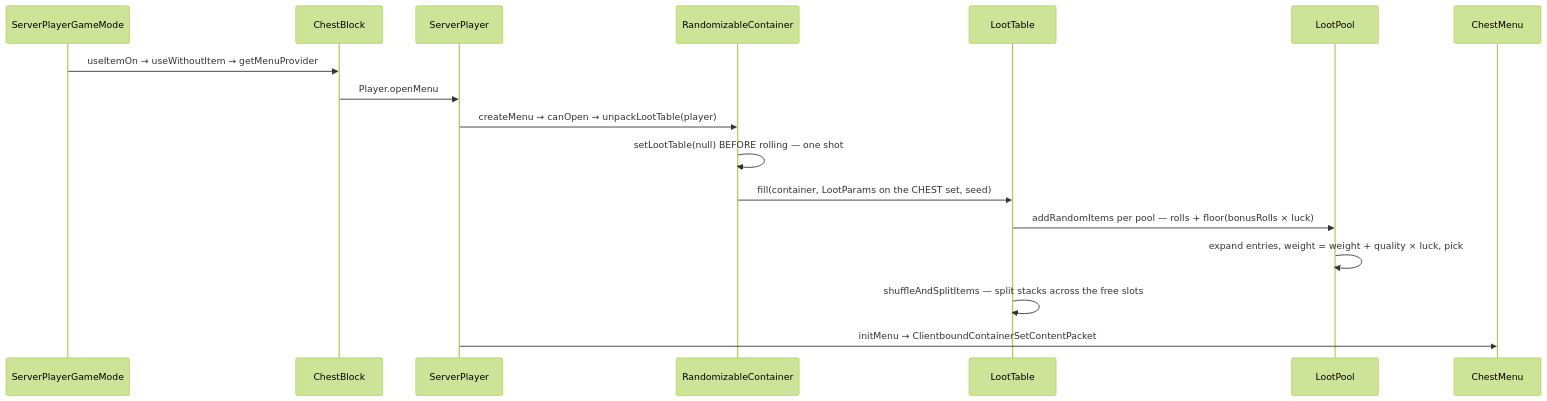
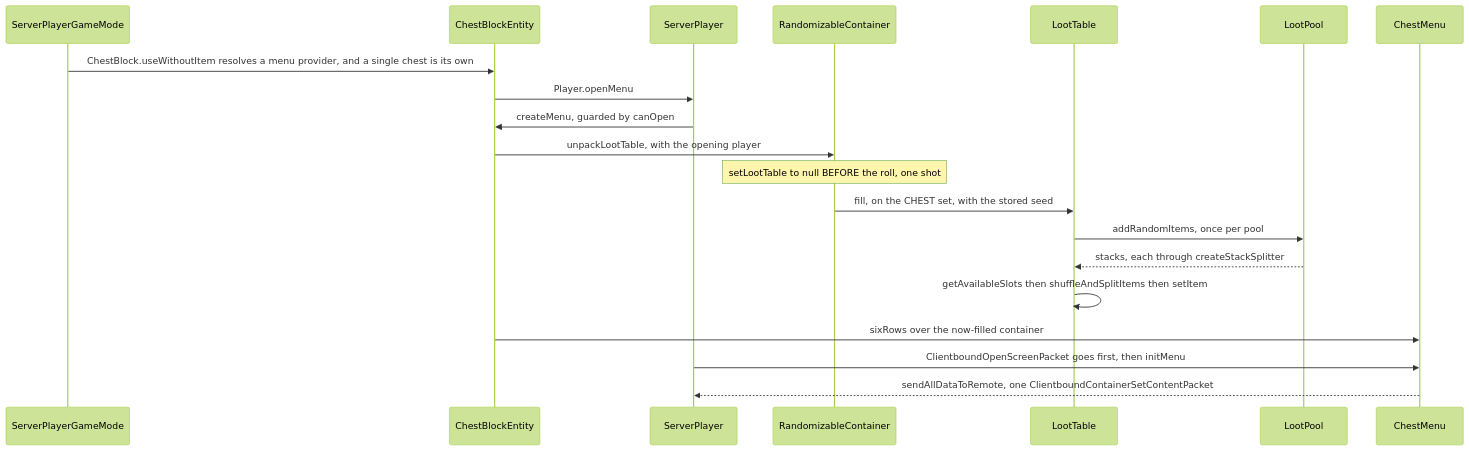
One commit to AlexanderjFraser/MinecraftDocs changed the first of 2 diagrams in src/systems/items/loot-tables.md. Above: the diagram before and after it, drawn with Mermaid (forest theme). The commit also changed other lines of this file and 26 other files, not shown here.

````diff
--- a/src/systems/items/loot-tables.md
+++ b/src/systems/items/loot-tables.md
@@ -120,20 +65,23 @@
 ```mermaid
 sequenceDiagram
     participant SPGM as ServerPlayerGameMode
-    participant CB as ChestBlock
+    participant CBE as ChestBlockEntity
     participant SP as ServerPlayer
-    participant RC as RandomizableContainer
+    participant RCont as RandomizableContainer
     participant LT as LootTable
-    participant LP as LootPool
-    participant CM as ChestMenu
+    participant LPool as LootPool
+    participant ChestM as ChestMenu
 
-    SPGM->>CB: useItemOn → useWithoutItem → getMenuProvider
-    CB->>SP: Player.openMenu
-    SP->>RC: createMenu → canOpen → unpackLootTable(player)
-    RC->>RC: setLootTable(null) BEFORE rolling — one shot
-    RC->>LT: fill(container, LootParams on the CHEST set, seed)
-    LT->>LP: addRandomItems per pool — rolls + floor(bonusRolls × luck)
-    LP->>LP: expand entries, weight = weight + quality × luck, pick
-    LT->>LT: shuffleAndSplitItems — split stacks across the free slots
-    SP->>CM: initMenu → ClientboundContainerSetContentPacket
+    SPGM->>CBE: ChestBlock.useWithoutItem resolves a menu provider, and a single chest is its own
+    CBE->>SP: Player.openMenu
+    SP->>CBE: createMenu, guarded by canOpen
+    CBE->>RCont: unpackLootTable, with the opening player
+    Note over RCont: setLootTable to null BEFORE the roll, one shot
+    RCont->>LT: fill, on the CHEST set, with the stored seed
+    LT->>LPool: addRandomItems, once per pool
+    LPool-->>LT: stacks, each through createStackSplitter
+    LT->>LT: getAvailableSlots then shuffleAndSplitItems then setItem
+    CBE->>ChestM: sixRows over the now-filled container
+    SP->>ChestM: ClientboundOpenScreenPacket goes first, then initMenu
+    ChestM-->>SP: sendAllDataToRemote, one ClientboundContainerSetContentPacket
 ```
````
